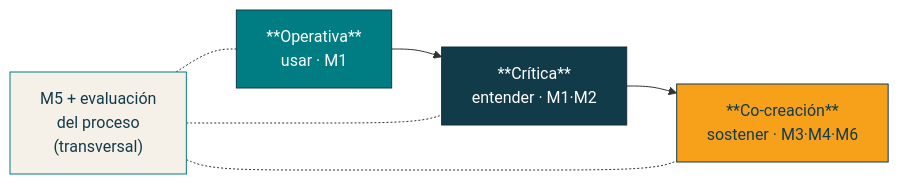
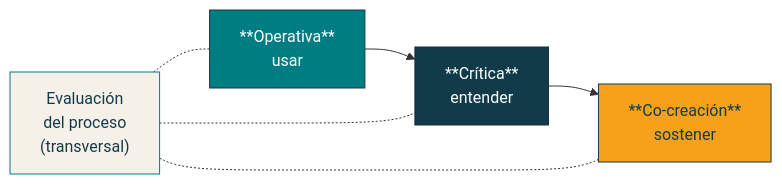
One commit to arqueon/aprendizaje-ia changed the diagram in content/formacion-docente/alfabetizacion-agenciamiento-ia/index.md. Above: the diagram before and after it, drawn with Mermaid. The commit also changed other lines of this file and 253 other files, not shown here.

```diff
--- a/content/formacion-docente/alfabetizacion-agenciamiento-ia/index.md
+++ b/content/formacion-docente/alfabetizacion-agenciamiento-ia/index.md
@@ -74,16 +74,16 @@
 {{< mermaid >}}
 flowchart LR
-    A["**Operativa**<br/>usar · M1"]
-    B["**Crítica**<br/>entender · M1·M2"]
-    C["**Co-creación**<br/>sostener · M3·M4·M6"]
-    T["M5 + evaluación<br/>del proceso<br/>(transversal)"]
+    A["**Operativa**<br/>usar"]
+    B["**Crítica**<br/>entender"]
+    C["**Co-creación**<br/>sostener"]
+    T["Evaluación<br/>del proceso<br/>(transversal)"]
 
     A --> B --> C
     T -.- A & B & C
     
     style A fill:#007c83,stroke:#123b4a,color:#ffffff
     style B fill:#123b4a,stroke:#102e3a,color:#ffffff
     style C fill:#f7a11a,stroke:#123b4a,color:#123b4a
     style T fill:#f6f1e8,stroke:#007c83,color:#123b4a
 
 {{< /mermaid >}}
```
